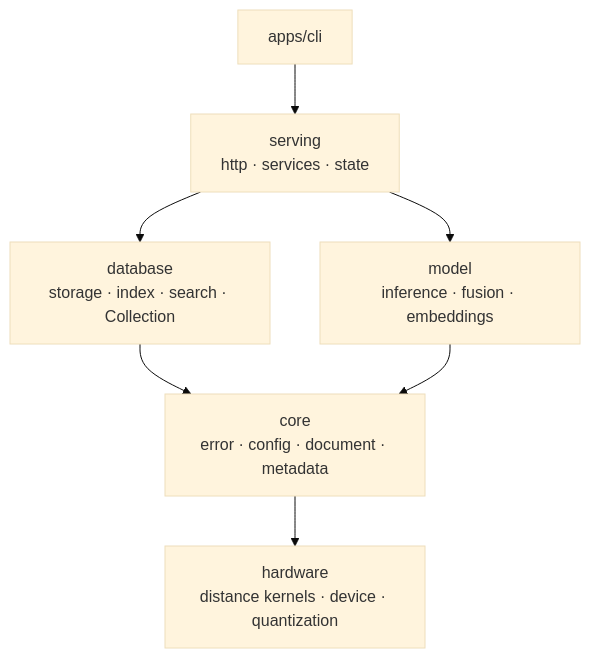
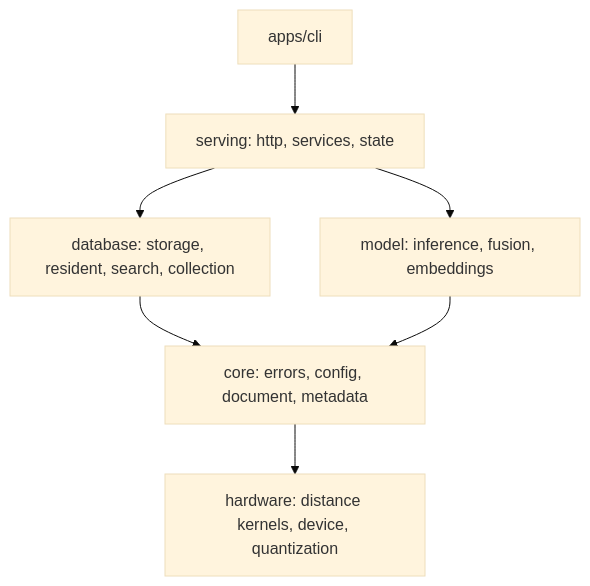
Before and after one commit to ashworks1706/piramid: the diagram in README.md, drawn with Mermaid (base theme). The commit also changed other lines of this file and 13 other files, not shown here.

````diff
--- a/README.md
+++ b/README.md
@@ -36,16 +296,16 @@
 ```mermaid
 flowchart TD
-    CLI[apps/cli]
-    Serving[serving<br/>http · services · state]
-    Model[model<br/>inference · fusion · embeddings]
-    Database[database<br/>storage · index · search · Collection]
-    Core[core<br/>error · config · document · metadata]
-    Hardware[hardware<br/>distance kernels · device · quantization]
+    CLI["apps/cli"]
+    Serving["serving: http, services, state"]
+    Model["model: inference, fusion, embeddings"]
+    Database["database: storage, resident, search, collection"]
+    Core["core: errors, config, document, metadata"]
+    Hardware["hardware: distance kernels, device, quantization"]
 
     CLI --> Serving
     Serving --> Database
     Serving --> Model
     Database --> Core
     Model --> Core
     Core --> Hardware
 ```
````
